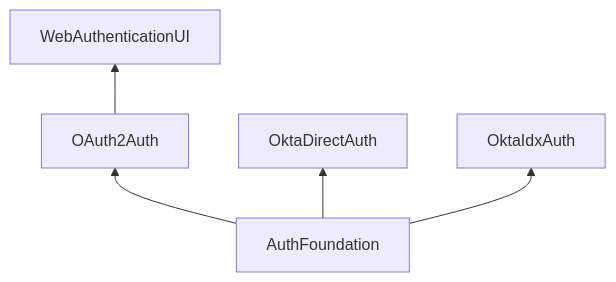
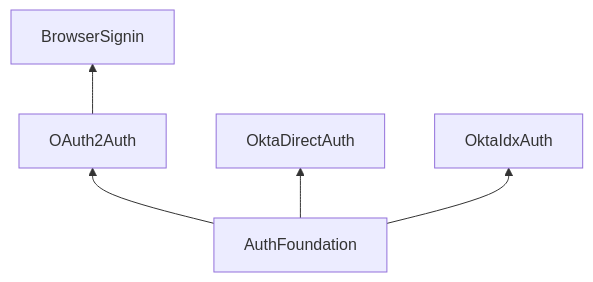
One commit to okta/okta-mobile-swift changed the diagram in README.md. Above: the diagram before and after it, drawn with Mermaid. The commit also changed other lines of this file and 48 other files, not shown here.

Commit message:
Rename WebAuthentication to BrowserSignin

````diff
--- a/README.md
+++ b/README.md
@@ -46,7 +46,7 @@
 ```mermaid
 graph BT;
   AuthFoundation-->OAuth2Auth;
   AuthFoundation-->OktaDirectAuth;
   AuthFoundation-->OktaIdxAuth;
-  OAuth2Auth-->WebAuthenticationUI;
+  OAuth2Auth-->BrowserSignin;
 ```
````
